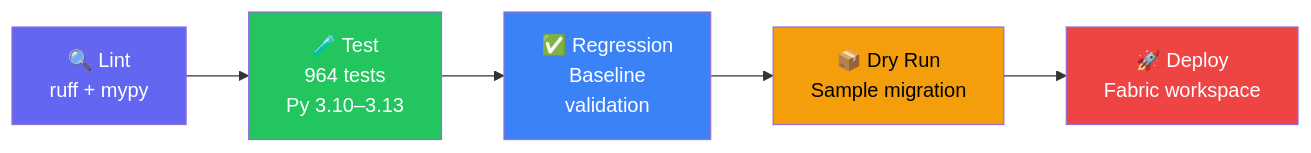
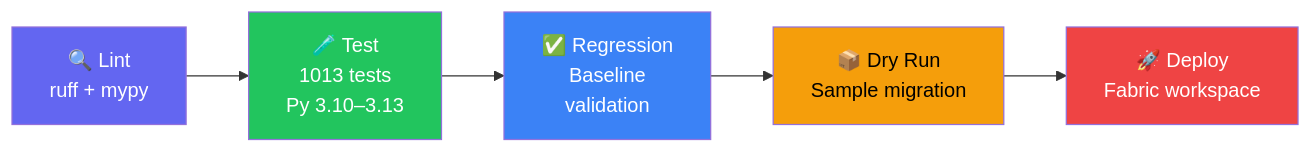
The second of 2 diagrams in README.md (cyphou/SSIStoFabric), drawn with Mermaid before and after one commit. The commit also changed other lines of this file and 11 other files, not shown here.

First line of the commit message:
v1.7.0: Phase 9  Plugin Architecture

````diff
--- a/README.md
+++ b/README.md
@@ -634,13 +634,13 @@
 ```mermaid
 flowchart LR
-    L["🔍 Lint\nruff + mypy"] --> T["🧪 Test\n964 tests\nPy 3.10–3.13"]
+    L["🔍 Lint\nruff + mypy"] --> T["🧪 Test\n1013 tests\nPy 3.10–3.13"]
     T --> R["✅ Regression\nBaseline\nvalidation"]
     R --> D["📦 Dry Run\nSample migration"]
     D --> P["🚀 Deploy\nFabric workspace"]
     
     style L fill:#6366f1,color:#fff
     style T fill:#22c55e,color:#fff
     style R fill:#3b82f6,color:#fff
     style D fill:#f59e0b,color:#000
     style P fill:#ef4444,color:#fff
 ```
````
